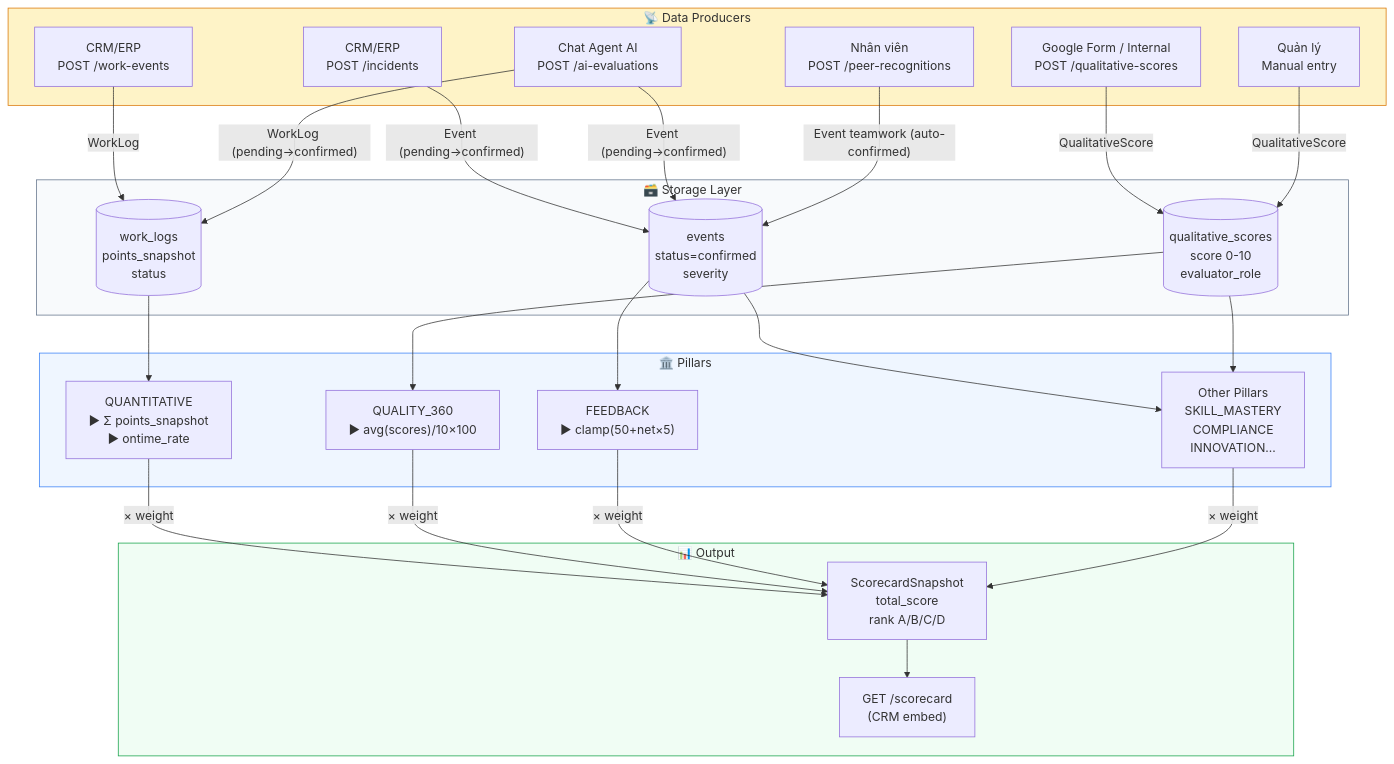
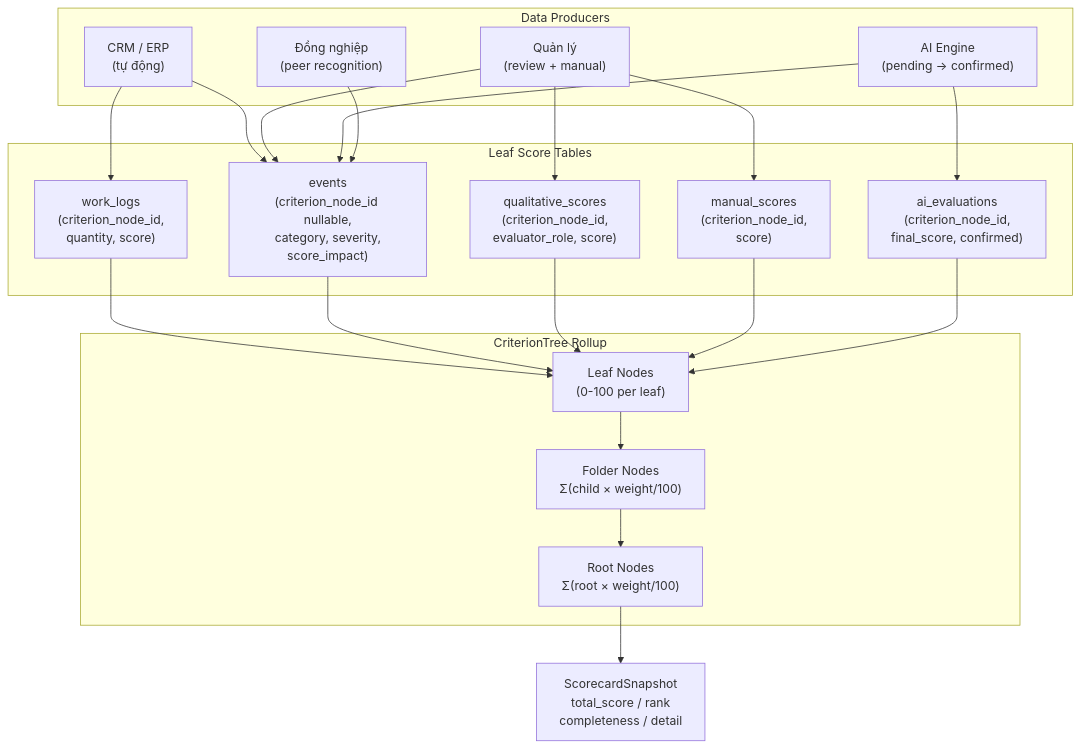
Before and after one commit to META-SkyNet/eval_system_package: the tenth of 12 diagrams in docs/system-diagrams.md, drawn with Mermaid. The commit also changed other lines of this file, not shown here.

First line of the commit message:
fix: rewrite system-diagrams with CriterionTree ERD and updated flows

````diff
--- a/docs/system-diagrams.md
+++ b/docs/system-diagrams.md
@@ -504,55 +521,44 @@
 ```mermaid
 flowchart TD
-    subgraph Sources["📡 Data Producers"]
-        CRM_WE["CRM/ERP\nPOST /work-events"]
-        CRM_INC["CRM/ERP\nPOST /incidents"]
-        AI_EVAL["Chat Agent AI\nPOST /ai-evaluations"]
-        FORM_360["Google Form / Internal\nPOST /qualitative-scores"]
-        PEER["Nhân viên\nPOST /peer-recognitions"]
-        MANUAL_QL["Quản lý\nManual entry"]
+    subgraph Producers["Data Producers"]
+        CRM_P["CRM / ERP\n(tự động)"]
+        QL_P["Quản lý\n(review + manual)"]
+        AI_P["AI Engine\n(pending → confirmed)"]
+        PEER["Đồng nghiệp\n(peer recognition)"]
     end
 
-    subgraph Storage["🗃️ Storage Layer"]
-        WL[("work_logs\npoints_snapshot\nstatus")]
-        EV[("events\nstatus=confirmed\nseverity")]
-        QS[("qualitative_scores\nscore 0-10\nevaluator_role")]
+    subgraph Storage["Leaf Score Tables"]
+        WL_T["work_logs\n(criterion_node_id,\nquantity, score)"]
+        EV_T["events\n(criterion_node_id nullable,\ncategory, severity,\nscore_impact)"]
+        QS_T["qualitative_scores\n(criterion_node_id,\nevaluator_role, score)"]
+        MS_T["manual_scores\n(criterion_node_id,\nscore)"]
+        AI_T["ai_evaluations\n(criterion_node_id,\nfinal_score, confirmed)"]
     end
 
-    subgraph Pillars["🏛️ Pillars"]
-        P_Q["QUANTITATIVE\n▶ Σ points_snapshot\n▶ ontime_rate"]
-        P_360["QUALITY_360\n▶ avg(scores)/10×100"]
-        P_FB["FEEDBACK\n▶ clamp(50+net×5)"]
-        P_OTHER["Other Pillars\nSKILL_MASTERY\nCOMPLIANCE\nINNOVATION..."]
+    subgraph Tree["CriterionTree Rollup"]
+        LEAF["Leaf Nodes\n(0-100 per leaf)"]
+        FOLDER["Folder Nodes\nΣ(child × weight/100)"]
+        ROOT_N["Root Nodes\nΣ(root × weight/100)"]
     end
 
-    subgraph Output["📊 Output"]
-        SNAP["ScorecardSnapshot\ntotal_score\nrank A/B/C/D"]
-        API_OUT["GET /scorecard\n(CRM embed)"]
-    end
+    OUT_S["ScorecardSnapshot\ntotal_score / rank\ncompleteness / detail"]
 
-    CRM_WE -->|"WorkLog"| WL
-    AI_EVAL -->|"WorkLog (pending→confirmed)"| WL
-    CRM_INC -->|"Event (pending→confirmed)"| EV
-    AI_EVAL -->|"Event (pending→confirmed)"| EV
-    PEER -->|"Event teamwork (auto-confirmed)"| EV
-    FORM_360 -->|"QualitativeScore"| QS
-    MANUAL_QL -->|"QualitativeScore"| QS
+    CRM_P --> WL_T
+    CRM_P --> EV_T
+    QL_P --> QS_T
+    QL_P --> MS_T
+    QL_P --> EV_T
+    AI_P --> AI_T
+    AI_P --> EV_T
+    PEER --> EV_T
 
-    WL --> P_Q
-    QS --> P_360
-    EV --> P_FB
-    EV --> P_OTHER
-    QS --> P_OTHER
+    WL_T --> LEAF
+    EV_T --> LEAF
+    QS_T --> LEAF
+    MS_T --> LEAF
+    AI_T --> LEAF
 
-    P_Q -->|"× weight"| SNAP
-    P_360 -->|"× weight"| SNAP
-    P_FB -->|"× weight"| SNAP
-    P_OTHER -->|"× weight"| SNAP
-
-    SNAP --> API_OUT
-
-    style Sources fill:#FEF3C7,stroke:#D97706
-    style Storage fill:#F8FAFC,stroke:#64748B
-    style Pillars fill:#EFF6FF,stroke:#3B82F6
-    style Output fill:#F0FDF4,stroke:#16A34A
+    LEAF --> FOLDER
+    FOLDER --> ROOT_N
+    ROOT_N --> OUT_S
 ```
````
